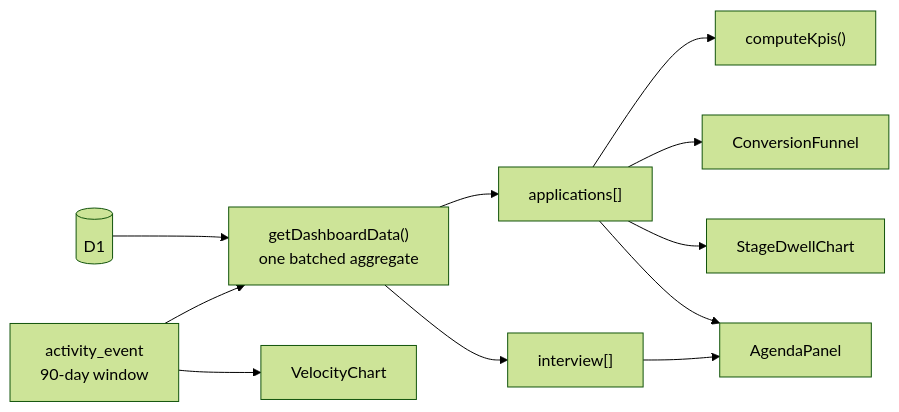
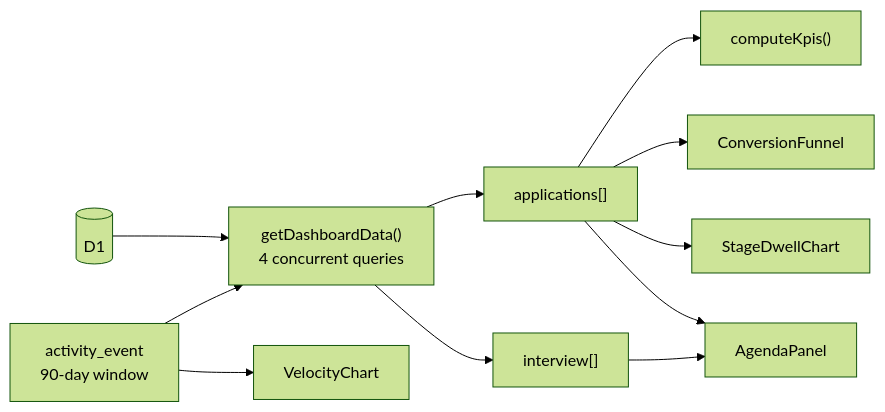
The first of 5 diagrams in docs/analytics.md (c0k0n/job-tracker), drawn with Mermaid (forest theme) before and after one commit. The commit also changed other lines of this file and 16 other files, not shown here.

````diff
--- a/docs/analytics.md
+++ b/docs/analytics.md
@@ -6,13 +6,13 @@
 ```mermaid
 flowchart LR
-    D[("D1")] --> Q["getDashboardData()<br/>one batched aggregate"]
+    D[("D1")] --> Q["getDashboardData()<br/>4 concurrent queries"]
     Q --> A["applications[]"]
     A --> K["computeKpis()"]
     A --> F["ConversionFunnel"]
     A --> S["StageDwellChart"]
     A --> AG["AgendaPanel"]
     Q --> I["interview[]"]
     I --> AG
     E["activity_event<br/>90-day window"] --> Q
     E --> V["VelocityChart"]
 ```
````
